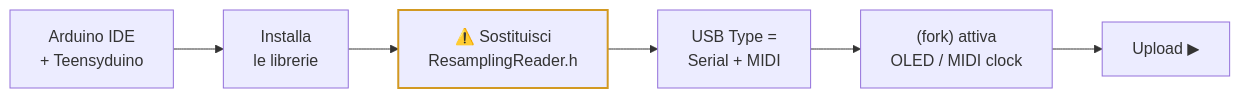
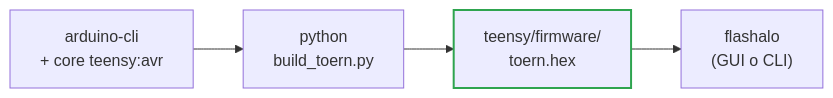
Before and after one commit to luigismith/ichosynth: the second of 2 diagrams in MANUALE_COSTRUZIONE.md, drawn with Mermaid. The commit also changed other lines of this file and 17 other files, not shown here.

````diff
--- a/MANUALE_COSTRUZIONE.md
+++ b/MANUALE_COSTRUZIONE.md
@@ -242,9 +253,7 @@
 ```mermaid
 flowchart LR
-    A["Arduino IDE<br/>+ Teensyduino"] --> B["Installa<br/>le librerie"]
-    B --> C["⚠️ Sostituisci<br/>ResamplingReader.h"]
-    C --> D["USB Type =<br/>Serial + MIDI"]
-    D --> E["(fork) attiva<br/>OLED / MIDI clock"]
-    E --> F["Upload ▶"]
-    style C stroke:#d29922,stroke-width:2px
+    A["arduino-cli<br/>+ core teensy:avr"] --> B["python<br/>build_toern.py"]
+    B --> C["teensy/firmware/<br/>toern.hex"]
+    C --> D["flashalo<br/>(GUI o CLI)"]
+    style C stroke:#2ea44f,stroke-width:2px
 ```
````
